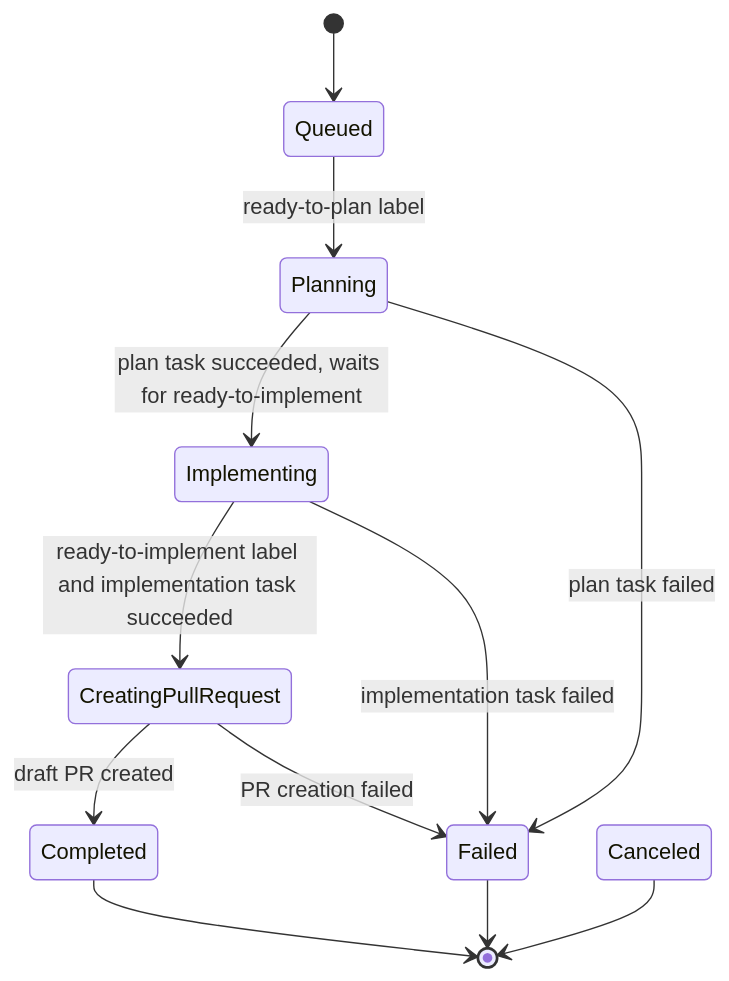
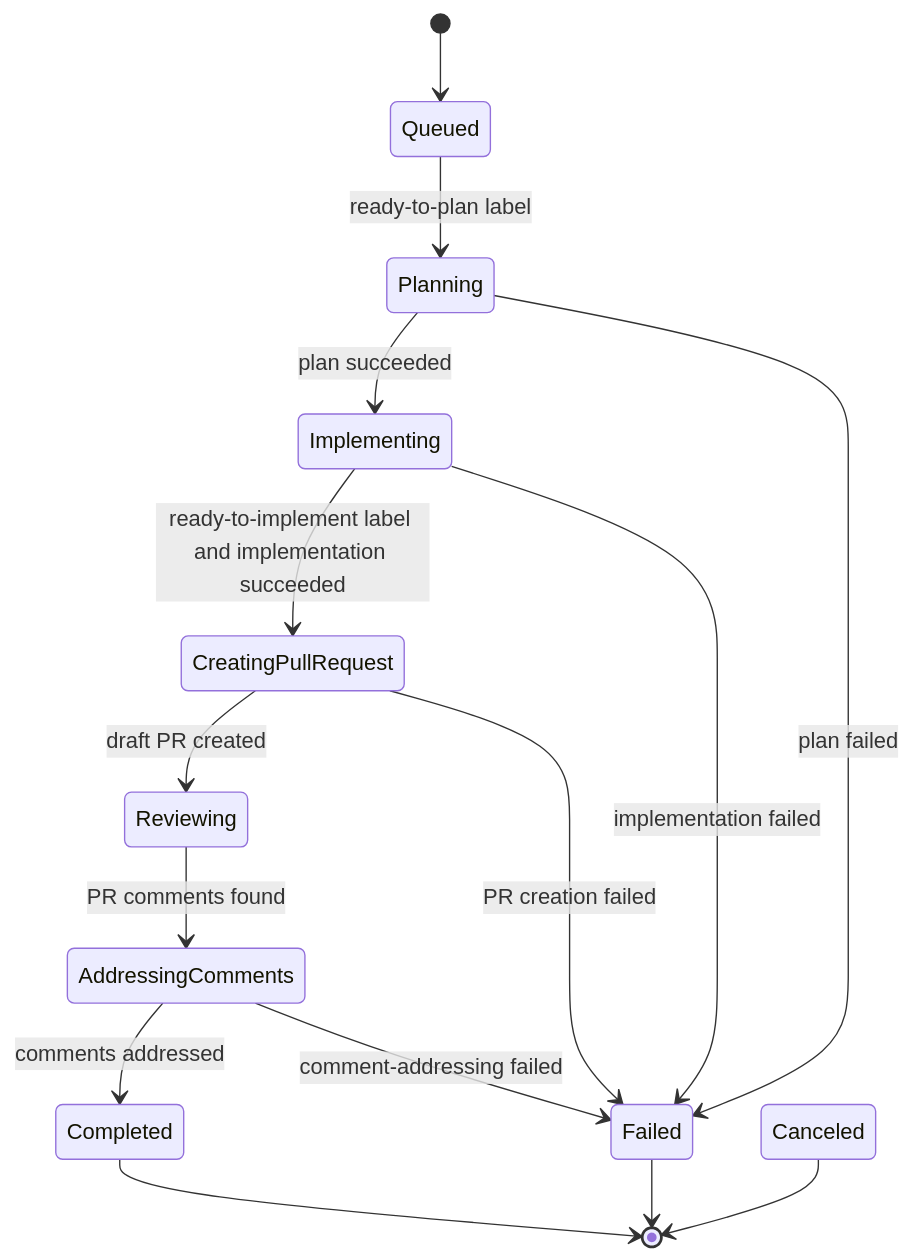
One commit to anhaehne/hhnl.Formicae changed the diagram in docs/mvp-workflow.md. Above: the diagram before and after it, drawn with Mermaid. The commit also changed other lines of this file and 16 other files, not shown here.

Commit message:
Monitor pull request comments

````diff
--- a/docs/mvp-workflow.md
+++ b/docs/mvp-workflow.md
@@ -18,14 +18,17 @@
 ```mermaid
 stateDiagram-v2
     [*] --> Queued
     Queued --> Planning: ready-to-plan label
-    Planning --> Implementing: plan task succeeded, waits for ready-to-implement
-    Planning --> Failed: plan task failed
-    Implementing --> CreatingPullRequest: ready-to-implement label and implementation task succeeded
-    Implementing --> Failed: implementation task failed
-    CreatingPullRequest --> Completed: draft PR created
+    Planning --> Implementing: plan succeeded
+    Planning --> Failed: plan failed
+    Implementing --> CreatingPullRequest: ready-to-implement label and implementation succeeded
+    Implementing --> Failed: implementation failed
+    CreatingPullRequest --> Reviewing: draft PR created
     CreatingPullRequest --> Failed: PR creation failed
+    Reviewing --> AddressingComments: PR comments found
+    AddressingComments --> Completed: comments addressed
+    AddressingComments --> Failed: comment-addressing failed
     Completed --> [*]
     Failed --> [*]
     Canceled --> [*]
 ```
````
